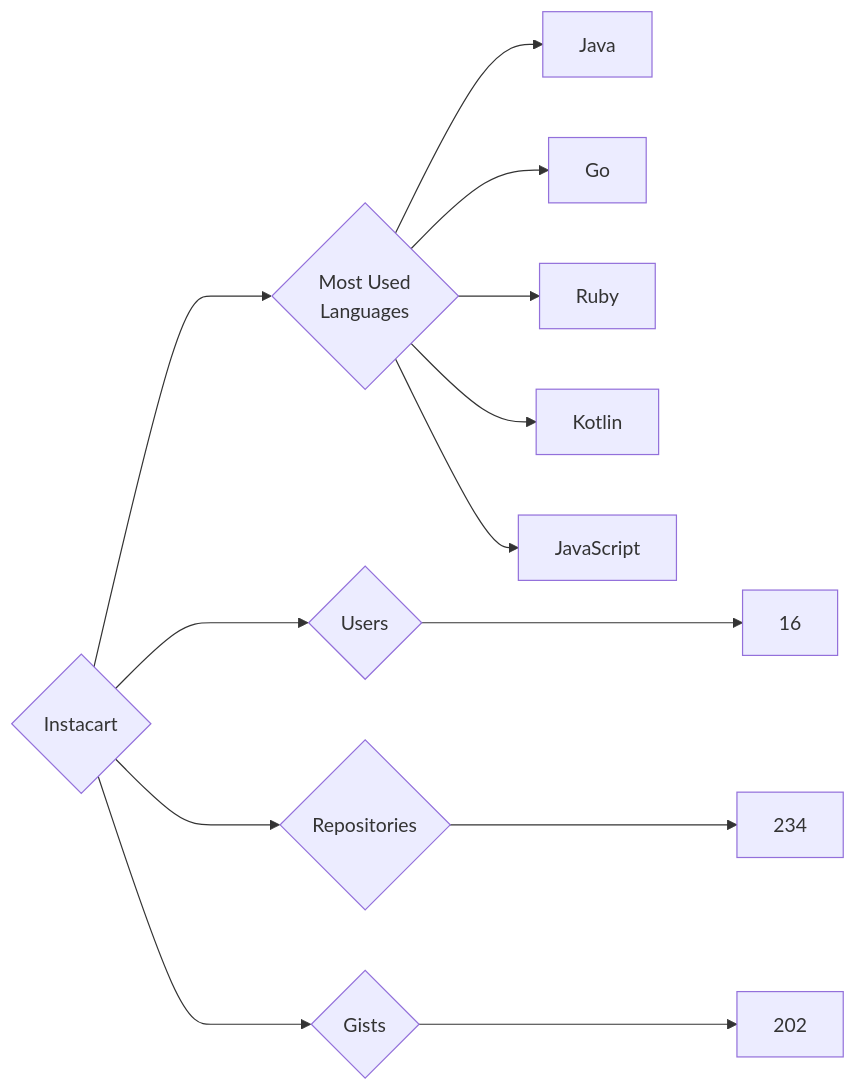
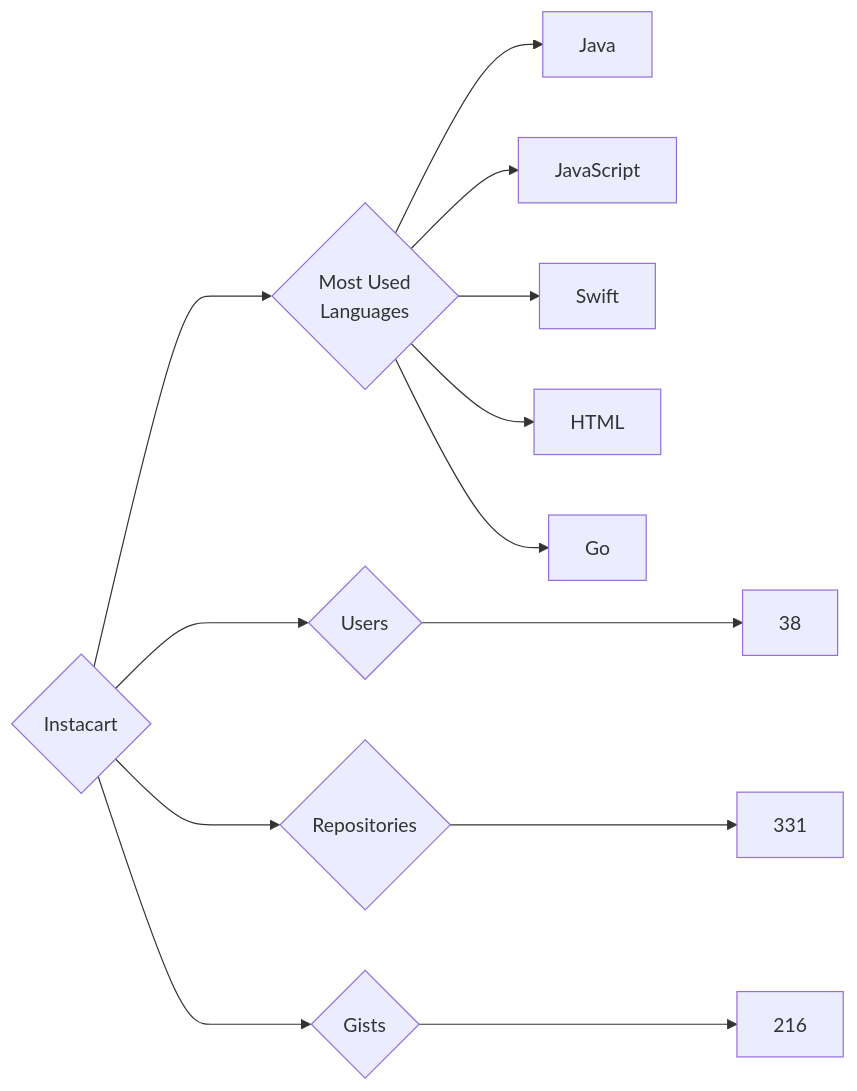
The diagram in targets/Instacart/README.md (trickest/insiders), drawn with Mermaid before and after one commit. The commit also changed 748 other files, not shown here.

````diff
--- a/targets/Instacart/README.md
+++ b/targets/Instacart/README.md
@@ -3,13 +3,13 @@
 ```mermaid
 graph LR
 COMPANY_NAME{Instacart}
-COMPANY_NAME ---> U{Users} ---> UN[16]
-COMPANY_NAME ---> R{Repositories} ---> RN[234]
-COMPANY_NAME ---> G{Gists} ---> GN[202]
+COMPANY_NAME ---> U{Users} ---> UN[38]
+COMPANY_NAME ---> R{Repositories} ---> RN[331]
+COMPANY_NAME ---> G{Gists} ---> GN[216]
 COMPANY_NAME ---> ML{Most Used<br>Languages}
 ML --> Java[Java]
+ML --> JavaScript[JavaScript]
+ML --> Swift[Swift]
+ML --> HTML[HTML]
 ML --> Go[Go]
-ML --> Ruby[Ruby]
-ML --> Kotlin[Kotlin]
-ML --> JavaScript[JavaScript]
 ```
````
